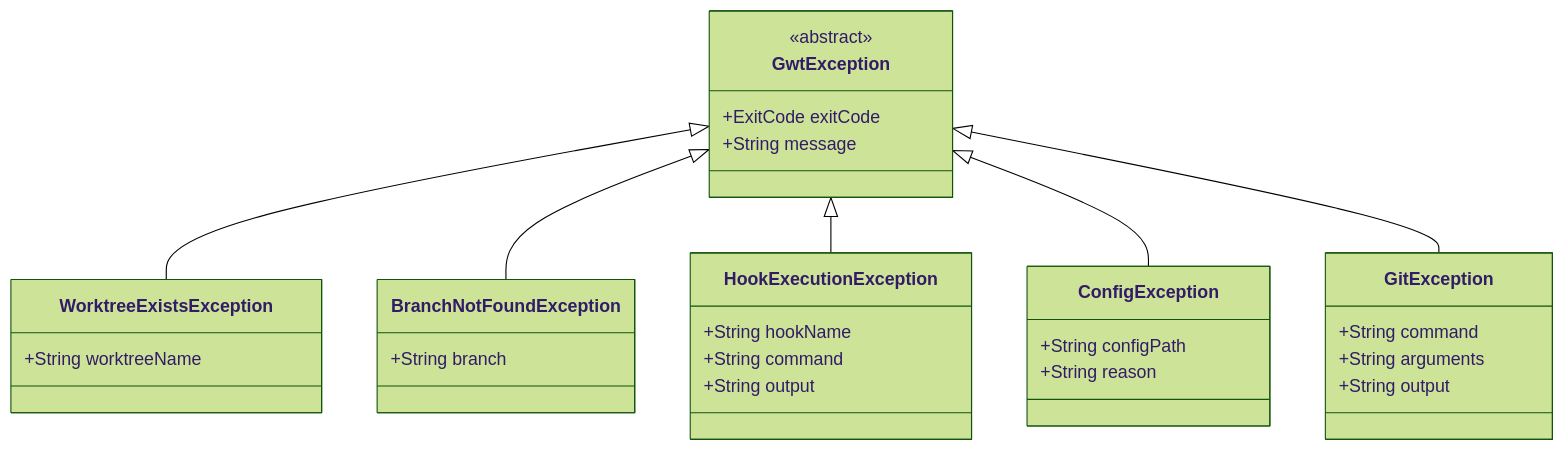
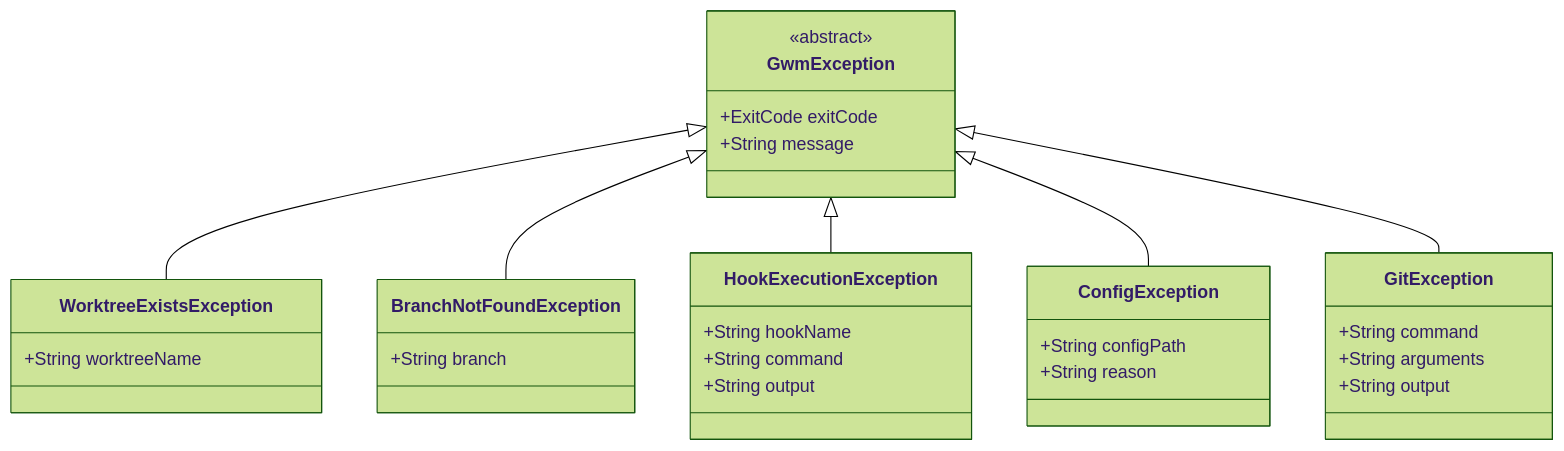
Before and after one commit to timovandeput/gwm: the tenth of 15 diagrams in docs/ARCHITECTURE.md, drawn with Mermaid (forest theme). The commit also changed other lines of this file and 53 other files, not shown here.

Commit message:
refactor: rename GWT to GWM across the project and update related documentation

````diff
--- a/docs/ARCHITECTURE.md
+++ b/docs/ARCHITECTURE.md
@@ -423,39 +423,39 @@
 ```mermaid
 classDiagram
-    class GwtException {
+    class GwmException {
         <<abstract>>
         +ExitCode exitCode
         +String message
     }
 
     class WorktreeExistsException {
         +String worktreeName
     }
 
     class BranchNotFoundException {
         +String branch
     }
 
     class HookExecutionException {
         +String hookName
         +String command
         +String output
     }
 
     class ConfigException {
         +String configPath
         +String reason
     }
 
     class GitException {
         +String command
         +String arguments
         +String output
     }
 
-    GwtException <|-- WorktreeExistsException
-    GwtException <|-- BranchNotFoundException
-    GwtException <|-- HookExecutionException
-    GwtException <|-- ConfigException
-    GwtException <|-- GitException
+    GwmException <|-- WorktreeExistsException
+    GwmException <|-- BranchNotFoundException
+    GwmException <|-- HookExecutionException
+    GwmException <|-- ConfigException
+    GwmException <|-- GitException
 ```
````
